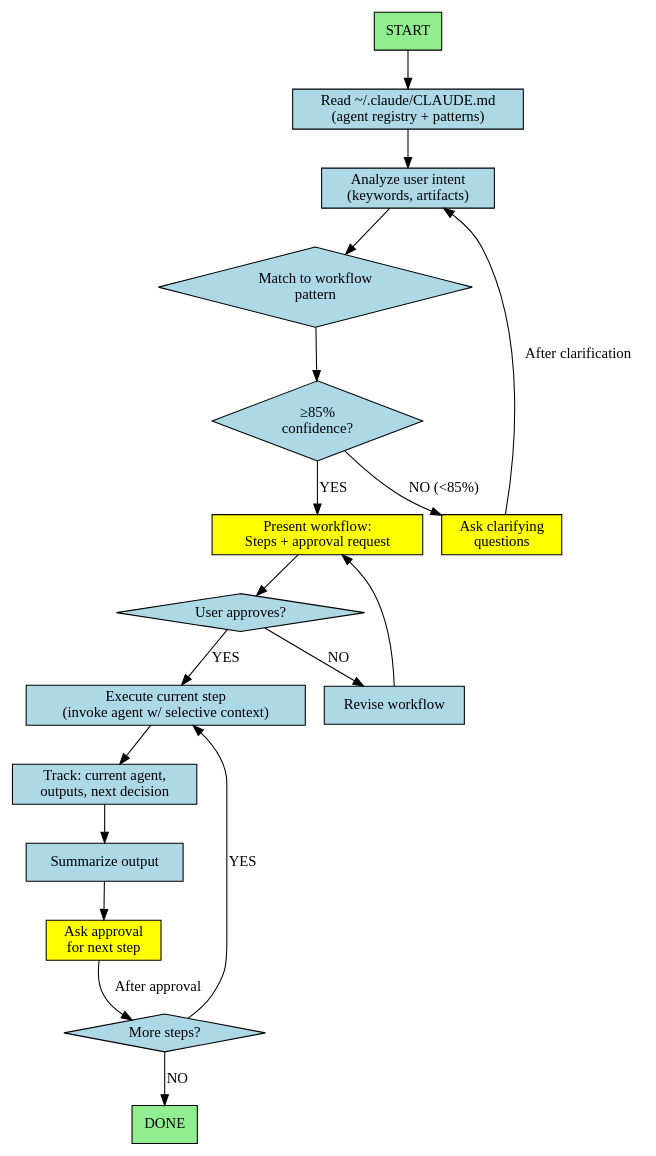
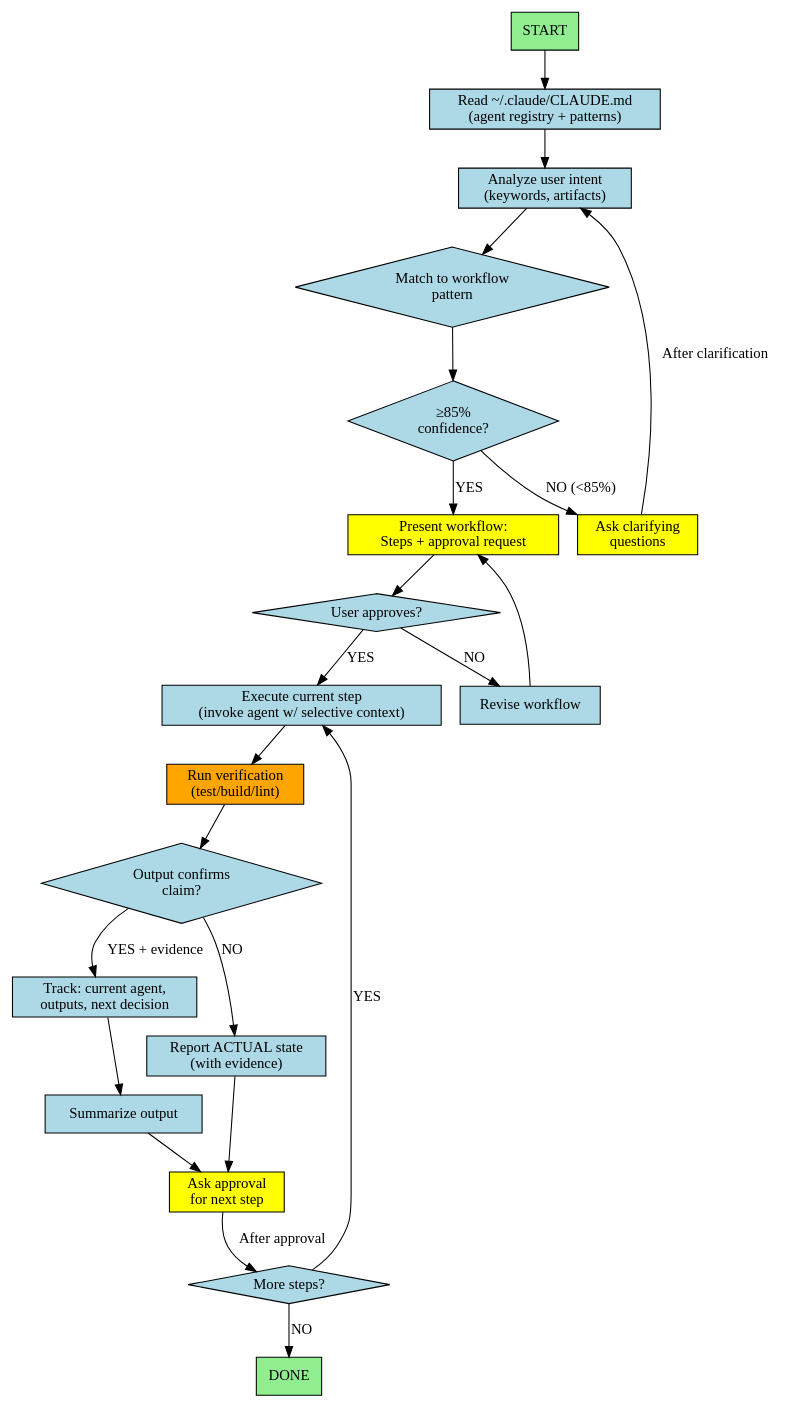
One commit to amrhas82/agentic-toolkit changed the diagram in ai/subagentic/claude/agents/orchestrator.md. Above: the diagram before and after it, drawn with Graphviz. The commit also changed other lines of this file and 15 other files, not shown here.

````diff
--- a/ai/subagentic/claude/agents/orchestrator.md
+++ b/ai/subagentic/claude/agents/orchestrator.md
@@ -12,40 +12,47 @@
 ```dot
 digraph Orchestrator {
   rankdir=TB;
   node [shape=box, style=filled, fillcolor=lightblue];
 
   start [label="START", fillcolor=lightgreen];
   read_claude [label="Read ~/.claude/CLAUDE.md\n(agent registry + patterns)"];
   analyze_intent [label="Analyze user intent\n(keywords, artifacts)"];
   match_pattern [label="Match to workflow\npattern", shape=diamond];
   confidence [label="≥85%\nconfidence?", shape=diamond];
   ask_clarify [label="Ask clarifying\nquestions", fillcolor=yellow];
   present_workflow [label="Present workflow:\nSteps + approval request", fillcolor=yellow];
   approval [label="User approves?", shape=diamond];
   revise [label="Revise workflow"];
   execute_step [label="Execute current step\n(invoke agent w/ selective context)"];
+  verify_claim [label="Run verification\n(test/build/lint)", fillcolor=orange];
+  claim_valid [label="Output confirms\nclaim?", shape=diamond];
+  report_actual [label="Report ACTUAL state\n(with evidence)"];
   summarize [label="Summarize output"];
   ask_next [label="Ask approval\nfor next step", fillcolor=yellow];
   more_steps [label="More steps?", shape=diamond];
   track_state [label="Track: current agent,\noutputs, next decision"];
   done [label="DONE", fillcolor=lightgreen];
 
   start -> read_claude;
   read_claude -> analyze_intent;
   analyze_intent -> match_pattern;
   match_pattern -> confidence;
   confidence -> ask_clarify [label="NO (<85%)"];
   confidence -> present_workflow [label="YES"];
   ask_clarify -> analyze_intent [label="After clarification"];
   present_workflow -> approval;
   approval -> revise [label="NO"];
   approval -> execute_step [label="YES"];
   revise -> present_workflow;
-  execute_step -> track_state;
+  execute_step -> verify_claim;
+  verify_claim -> claim_valid;
+  claim_valid -> track_state [label="YES + evidence"];
+  claim_valid -> report_actual [label="NO"];
+  report_actual -> ask_next;
   track_state -> summarize;
   summarize -> ask_next;
   ask_next -> more_steps [label="After approval"];
   more_steps -> execute_step [label="YES"];
   more_steps -> done [label="NO"];
 }
 ```
````
